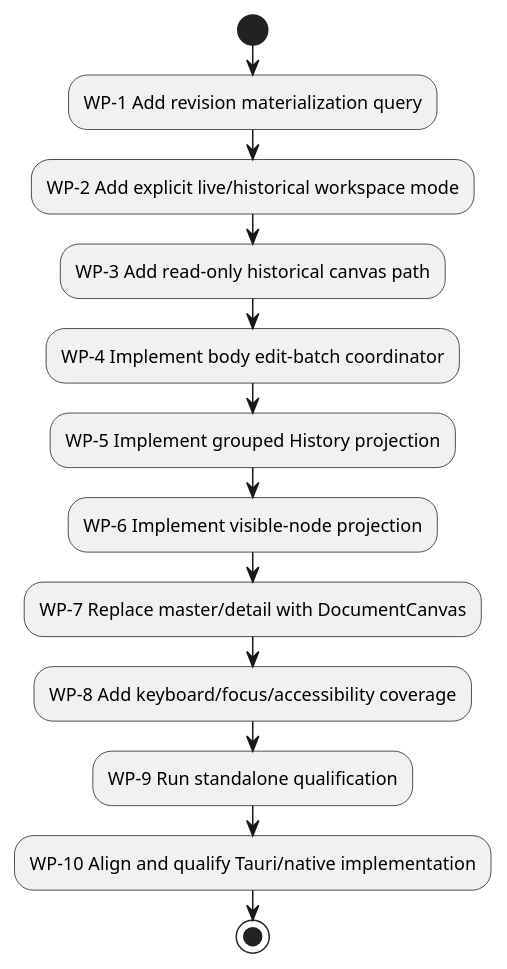
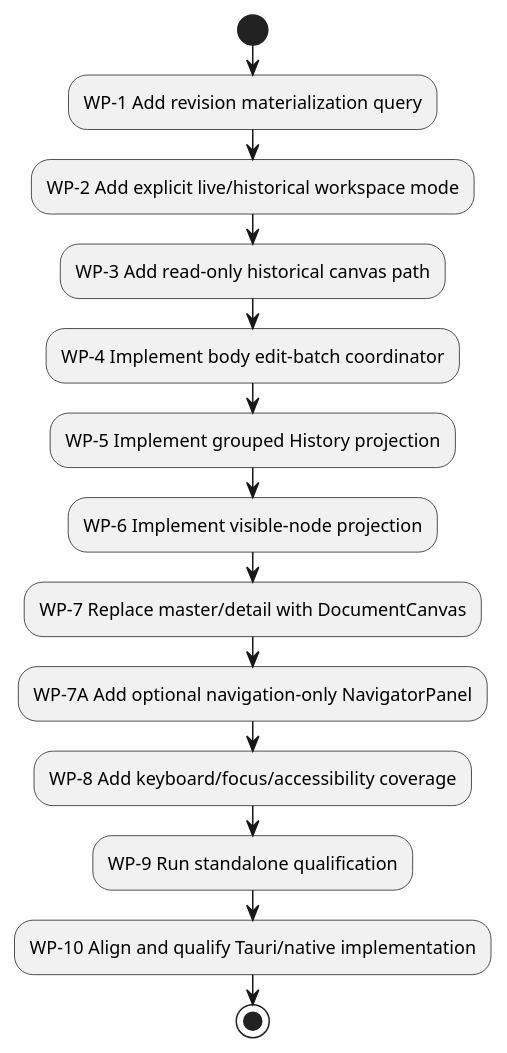
One commit to benoit-gl/coedit changed the second of 2 diagrams in docs/proposals/README.md. Above: the diagram before and after it, drawn with PlantUML. The commit also changed other lines of this file and 19 other files, not shown here.

````diff
--- a/docs/proposals/README.md
+++ b/docs/proposals/README.md
@@ -129,16 +149,17 @@
 ```plantuml
 @startuml
 start
 :WP-1 Add revision materialization query;
 :WP-2 Add explicit live/historical workspace mode;
 :WP-3 Add read-only historical canvas path;
 :WP-4 Implement body edit-batch coordinator;
 :WP-5 Implement grouped History projection;
 :WP-6 Implement visible-node projection;
 :WP-7 Replace master/detail with DocumentCanvas;
+:WP-7A Add optional navigation-only NavigatorPanel;
 :WP-8 Add keyboard/focus/accessibility coverage;
 :WP-9 Run standalone qualification;
 :WP-10 Align and qualify Tauri/native implementation;
 stop
 @enduml
 ```
````
